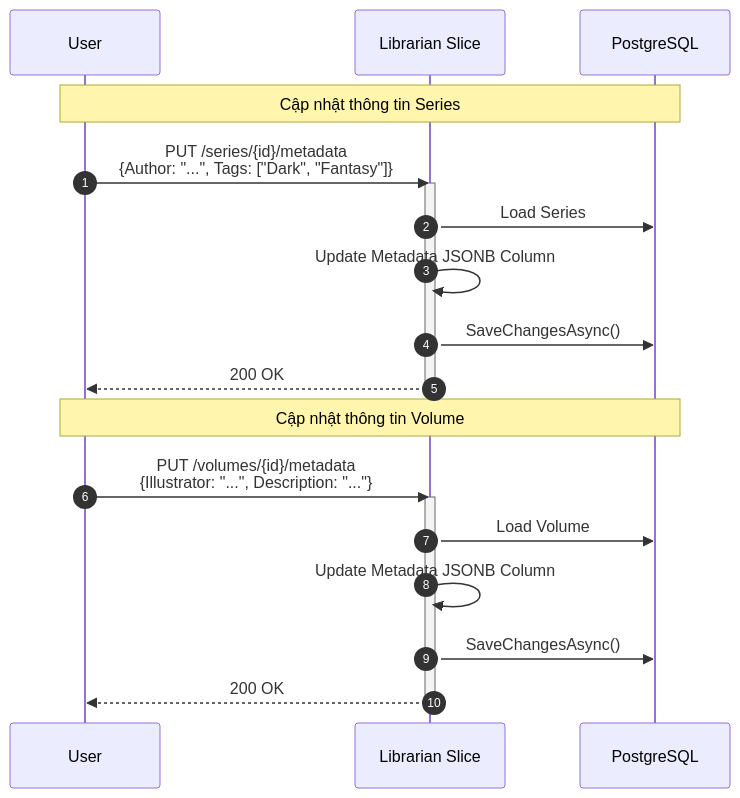
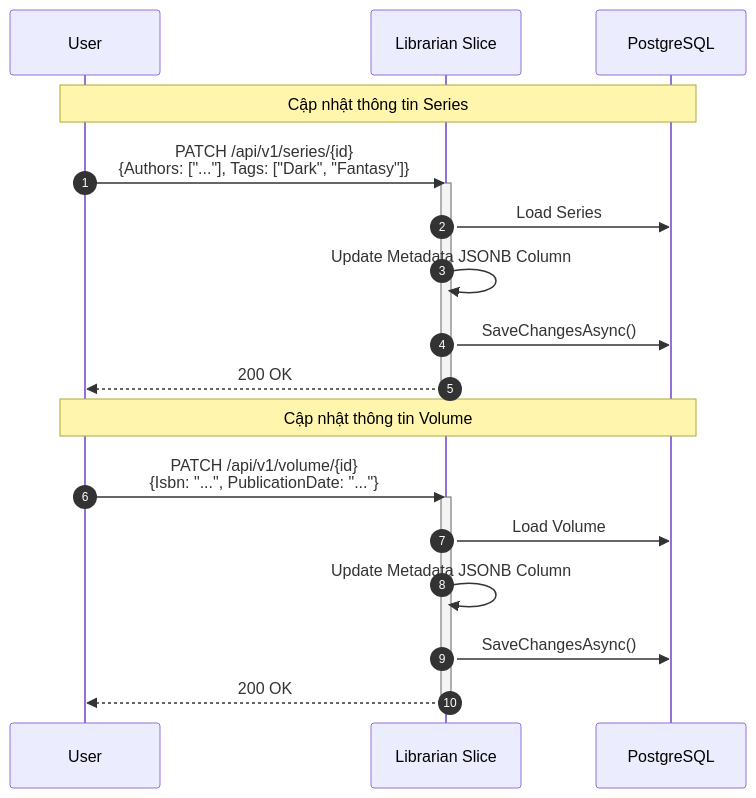
The third of 5 diagrams in doc/diagram.md (fm39hz/Grimoire.NET), drawn with Mermaid before and after one commit. The commit also changed other lines of this file and 5 other files, not shown here.

````diff
--- a/doc/diagram.md
+++ b/doc/diagram.md
@@ -82,27 +82,27 @@
 ```mermaid
 sequenceDiagram
     autonumber
     participant User
     participant API as Librarian Slice
     participant DB as PostgreSQL
 
     %% Scenario: Update Series
     note over User, DB: Cập nhật thông tin Series
-    User->>API: PUT /series/{id}/metadata<br/>{Author: "...", Tags: ["Dark", "Fantasy"]}
+    User->>API: PATCH /api/v1/series/{id}<br/>{Authors: ["..."], Tags: ["Dark", "Fantasy"]}
     activate API
     API->>DB: Load Series
     API->>API: Update Metadata JSONB Column
     API->>DB: SaveChangesAsync()
     API-->>User: 200 OK
     deactivate API
 
     %% Scenario: Update Volume
     note over User, DB: Cập nhật thông tin Volume
-    User->>API: PUT /volumes/{id}/metadata<br/>{Illustrator: "...", Description: "..."}
+    User->>API: PATCH /api/v1/volume/{id}<br/>{Isbn: "...", PublicationDate: "..."}
     activate API
     API->>DB: Load Volume
     API->>API: Update Metadata JSONB Column
     API->>DB: SaveChangesAsync()
     API-->>User: 200 OK
     deactivate API
 ```
````
